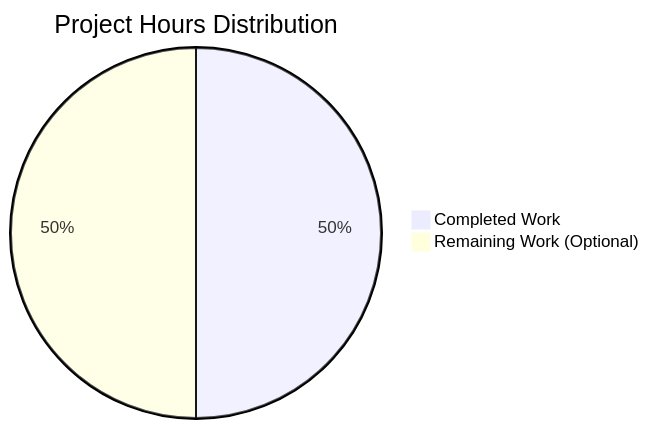
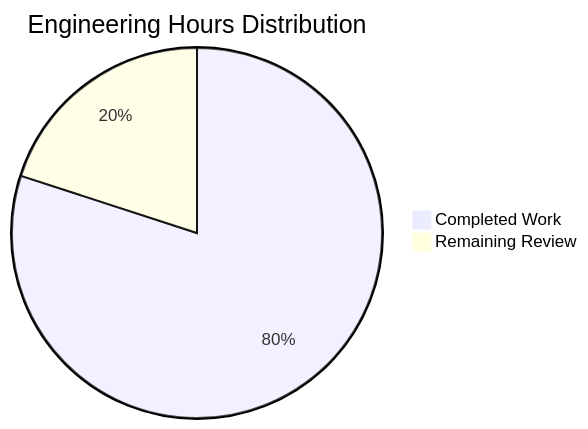
One commit to prasad-blitzy/quick-repo changed the second of 2 diagrams in blitzy/documentation/Project Guide.md. Above: the diagram before and after it, drawn with Mermaid. The commit also changed other lines of this file, not shown here.

Commit message:
Adding Blitzy Project Guide: Project Status and Human Tasks Remaining

````diff
--- a/blitzy/documentation/Project Guide.md
+++ b/blitzy/documentation/Project Guide.md
@@ -190,5 +234,5 @@
 ```mermaid
-pie title Project Hours Distribution
+pie title Engineering Hours Distribution
     "Completed Work" : 2.0
-    "Remaining Work (Optional)" : 2.0
+    "Remaining Review" : 0.5
 ```
````
